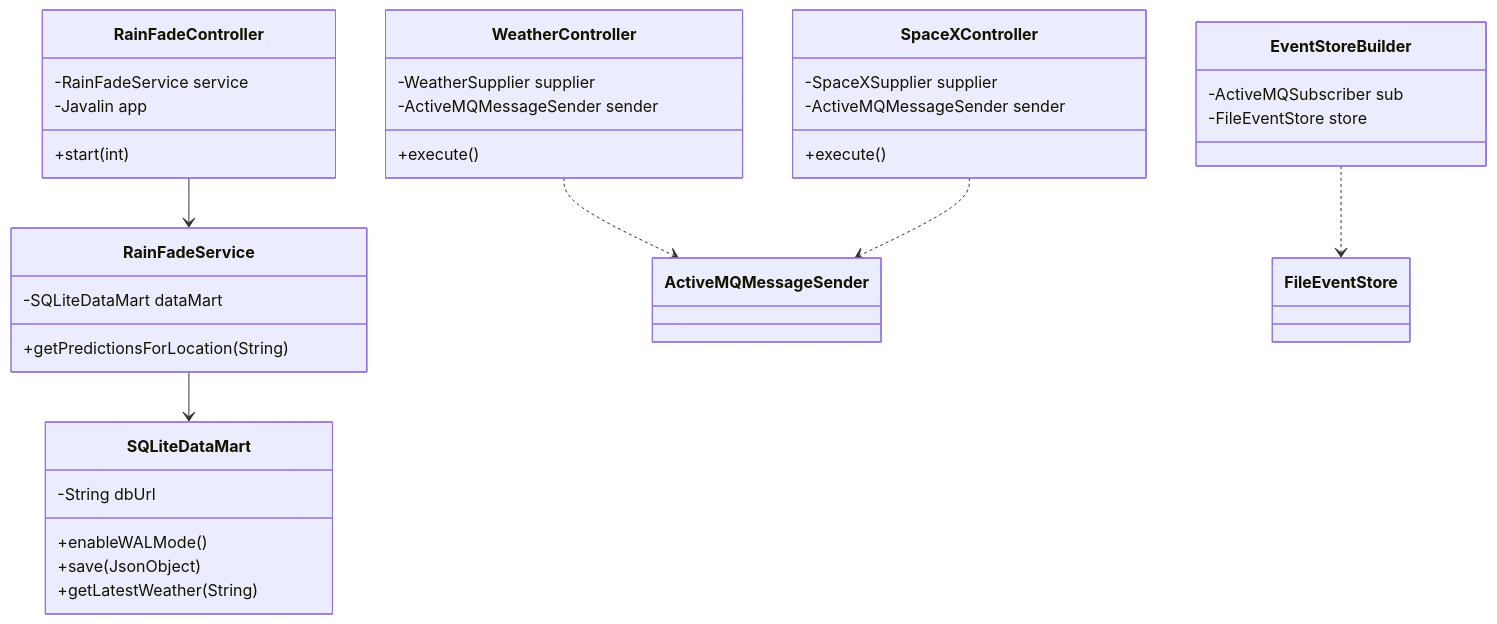
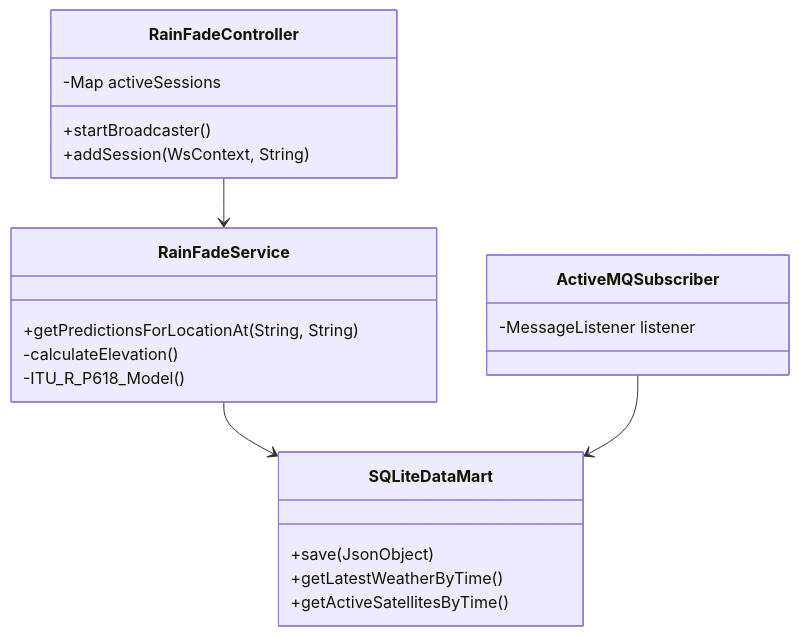
Before and after one commit to OmeletCode/dacd-data-app: the second of 2 diagrams in README.md, drawn with Mermaid. The commit also changed other lines of this file and 45 other files, not shown here.

````diff
--- a/README.md
+++ b/README.md
@@ -87,38 +93,25 @@
 ```mermaid
 classDiagram
-    class WeatherController {
-        -WeatherSupplier supplier
-        -ActiveMQMessageSender sender
-        +execute()
-    }
-    class SpaceXController {
-        -SpaceXSupplier supplier
-        -ActiveMQMessageSender sender
-        +execute()
-    }
-    class EventStoreBuilder {
-        -ActiveMQSubscriber sub
-        -FileEventStore store
-    }
     class RainFadeService {
-        -SQLiteDataMart dataMart
-        +getPredictionsForLocation(String)
+        +getPredictionsForLocationAt(String, String)
+        -calculateElevation()
+        -ITU_R_P618_Model()
     }
     class SQLiteDataMart {
-        -String dbUrl
-        +enableWALMode()
         +save(JsonObject)
-        +getLatestWeather(String)
+        +getLatestWeatherByTime()
+        +getActiveSatellitesByTime()
     }
     class RainFadeController {
-        -RainFadeService service
-        -Javalin app
-        +start(int)
+        -Map activeSessions
+        +startBroadcaster()
+        +addSession(WsContext, String)
+    }
+    class ActiveMQSubscriber {
+        -MessageListener listener
     }
 
-    WeatherController ..> ActiveMQMessageSender
-    SpaceXController ..> ActiveMQMessageSender
-    EventStoreBuilder ..> FileEventStore
     RainFadeController --> RainFadeService
     RainFadeService --> SQLiteDataMart
+    ActiveMQSubscriber --> SQLiteDataMart
 ```
````
